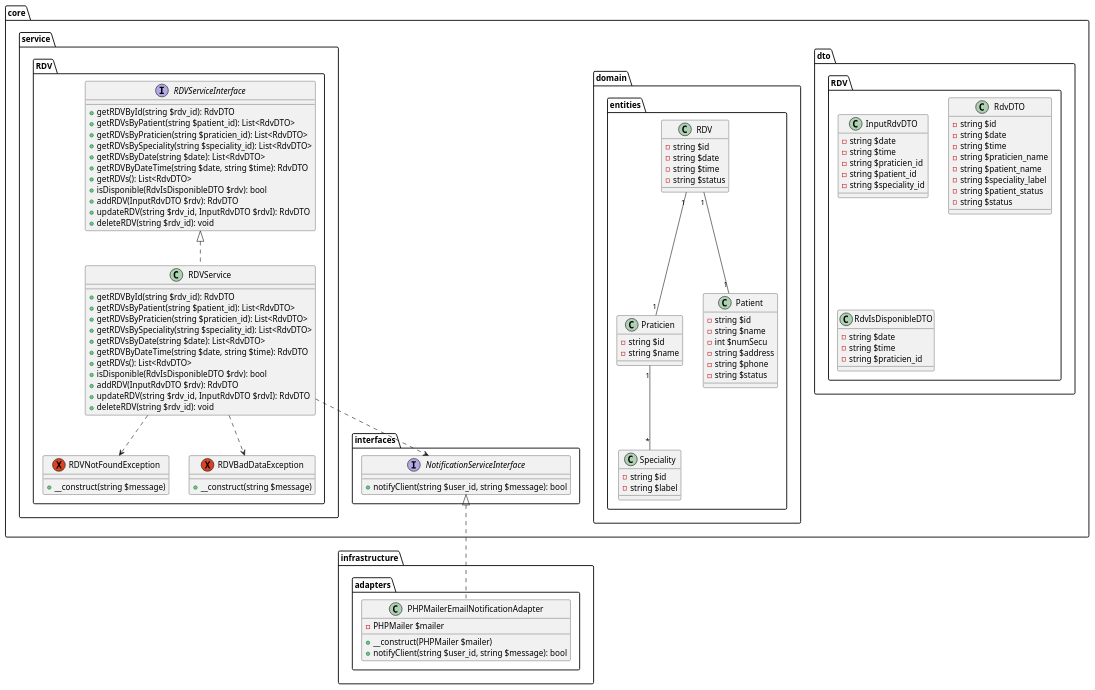
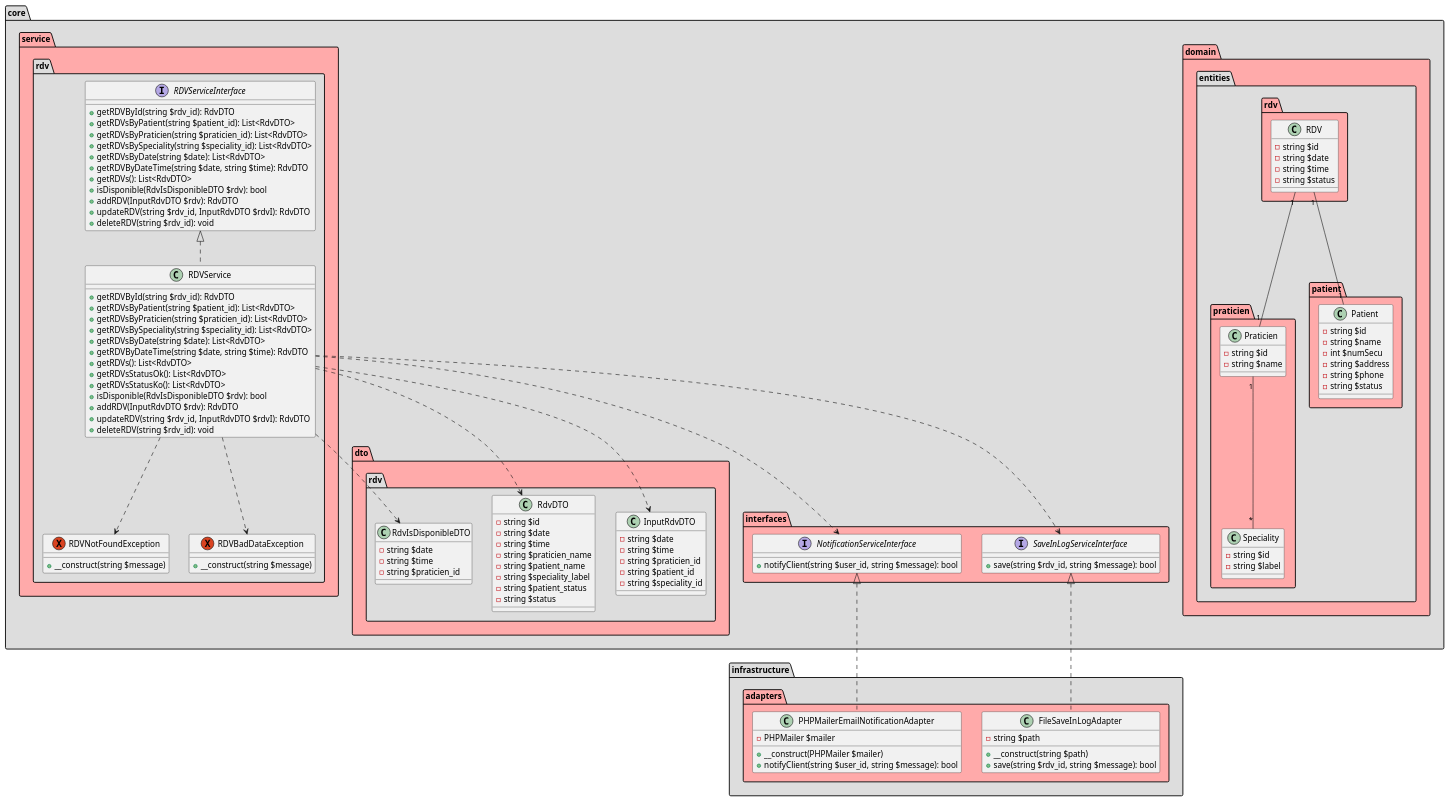
Before and after one commit to MaximeBiechy/toubeelib_v2: the diagram in Exercice2/uml.puml, drawn with PlantUML. The commit also changed 4 other files, not shown here.

Commit message:
fin de l'exercice 2 (je pense) et conversion des diagrammes en png

```diff
--- a/Exercice2/uml.puml
+++ b/Exercice2/uml.puml
@@ -1,120 +1,146 @@
 @startuml
-package "core"{
-    package "dto"{
-        package "RDV"{
+package "core" #DDDDDD{
+    package "dto" #FFAAAA{
+        package "rdv" #DDDDDD{
             class "InputRdvDTO"{
                 - string $date
                 - string $time
                 - string $praticien_id
                 - string $patient_id
                 - string $speciality_id
             }
             class "RdvDTO"{
                 - string $id
                 - string $date
                 - string $time
                 - string $praticien_name
                 - string $patient_name
                 - string $speciality_label
                 - string $patient_status
                 - string $status
             }
             class "RdvIsDisponibleDTO"{
                 - string $date
                 - string $time
                 - string $praticien_id
             }
+        }
+    }
+    package "domain" #FFAAAA{
+        package "entities" #DDDDDD{
+
+            package "rdv" #FFAAAA{
+                class "RDV"{
+                    - string $id
+                    - string $date
+                    - string $time
+                    - string $status
+                }
+
+            }
+            package "praticien" #FFAAAA{
+                class "Praticien"{
+                    - string $id
+                    - string $name
+                }
+                class "Speciality" {
+                    - string $id
+                    - string $label
+                }
+            }
+            package "patient" #FFAAAA{
+                class "Patient"{
+                    - string $id
+                    - string $name
+                    - int $numSecu
+                    - string $address
+                    - string $phone
+                    - string $status
+                }
+
+            }
+            "RDV" "1"--"1" "Praticien"
+            "RDV" "1"--"1" "Patient"
+            "Praticien" "1"--"*" "Speciality"
 
         }
     }
-    package "domain"{
-        package "entities"{
-            class "RDV"{
-                - string $id
-                - string $date
-                - string $time
-                - string $status
-            }
-            class "Praticien"{
-                - string $id
-                - string $name
-            }
-            class "Patient"{
-                - string $id
-                - string $name
-                - int $numSecu
-                - string $address
-                - string $phone
-                - string $status
-            }
-            class "Speciality"{
-                - string $id
-                - string $label
-            }
-            "Praticien" "1"--"*" "Speciality"
-            "RDV" "1"--"1" "Praticien"
-            "RDV" "1"--"1" "Patient"
-        }
-    }
-    package "service"{
+    package "service" #FFAAAA{
 
-            package "RDV"{
+            package "rdv" #DDDDDD{
                 interface "RDVServiceInterface"{
                     + getRDVById(string $rdv_id): RdvDTO
                     + getRDVsByPatient(string $patient_id): List<RdvDTO>
                     + getRDVsByPraticien(string $praticien_id): List<RdvDTO>
                     + getRDVsBySpeciality(string $speciality_id): List<RdvDTO>
                     + getRDVsByDate(string $date): List<RdvDTO>
                     + getRDVByDateTime(string $date, string $time): RdvDTO
                     + getRDVs(): List<RdvDTO>
                     + isDisponible(RdvIsDisponibleDTO $rdv): bool
                     + addRDV(InputRdvDTO $rdv): RdvDTO
                     + updateRDV(string $rdv_id, InputRdvDTO $rdvI): RdvDTO
                     + deleteRDV(string $rdv_id): void
                 }
                 class "RDVService"{
                     + getRDVById(string $rdv_id): RdvDTO
                     + getRDVsByPatient(string $patient_id): List<RdvDTO>
                     + getRDVsByPraticien(string $praticien_id): List<RdvDTO>
                     + getRDVsBySpeciality(string $speciality_id): List<RdvDTO>
                     + getRDVsByDate(string $date): List<RdvDTO>
                     + getRDVByDateTime(string $date, string $time): RdvDTO
                     + getRDVs(): List<RdvDTO>
+                    + getRDVsStatusOk(): List<RdvDTO>
+                    + getRDVsStatusKo(): List<RdvDTO>
                     + isDisponible(RdvIsDisponibleDTO $rdv): bool
                     + addRDV(InputRdvDTO $rdv): RdvDTO
                     + updateRDV(string $rdv_id, InputRdvDTO $rdvI): RdvDTO
                     + deleteRDV(string $rdv_id): void
+
                 }
                 exception "RDVNotFoundException"{
                     + __construct(string $message)
                 }
                 exception "RDVBadDataException"{
                     + __construct(string $message)
                 }
                 "RDVService" ..up|> "RDVServiceInterface"
                 "RDVService" ..> "RDVNotFoundException"
                 "RDVService" ..> "RDVBadDataException"
             }
     }
 
-    package "interfaces"{
+    package "interfaces" #FFAAAA{
         interface "NotificationServiceInterface"{
             + notifyClient(string $user_id, string $message): bool
+        }
+        interface "SaveInLogServiceInterface"{
+            + save(string $rdv_id, string $message): bool
         }
     }
 
 }
 
-package "infrastructure"{
-    package "adapters"{
+package "infrastructure" #DDDDDD{
+    package "adapters" #FFAAAA{
         class "PHPMailerEmailNotificationAdapter"{
             - PHPMailer $mailer
             + __construct(PHPMailer $mailer)
             + notifyClient(string $user_id, string $message): bool
         }
+        class "FileSaveInLogAdapter"{
+            - string $path
+            + __construct(string $path)
+            + save(string $rdv_id, string $message): bool
+        }
 
     }
+
     "PHPMailerEmailNotificationAdapter" ..up|> "NotificationServiceInterface"
+    "FileSaveInLogAdapter" ..up|> "SaveInLogServiceInterface"
 }
 "RDVService" ..> "NotificationServiceInterface"
+"RDVService" ..> "SaveInLogServiceInterface"
+"RDVService" ..> "InputRdvDTO"
+"RDVService" ..> "RdvDTO"
+"RDVService" ..> "RdvIsDisponibleDTO"
 @enduml
```
